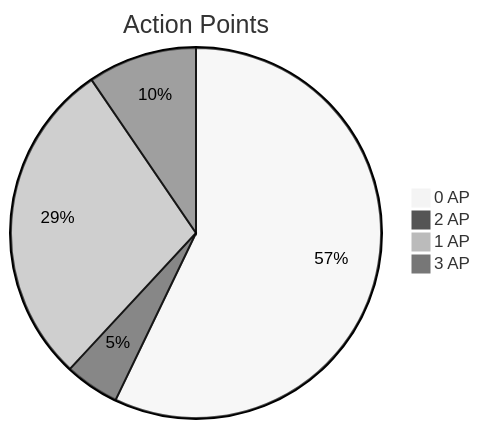
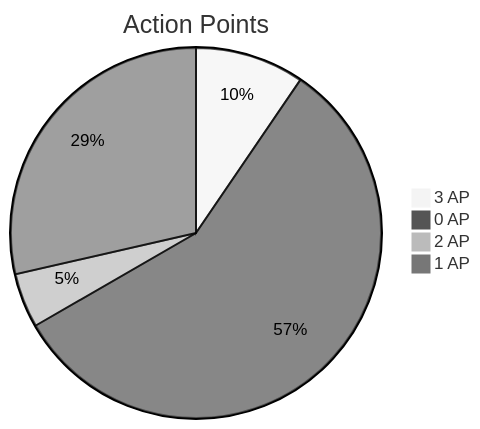
The first of 2 diagrams in docs/GAME_CONTENT_DOCS.md (BigJk/end_of_eden), drawn with Mermaid (neutral theme) before and after one commit. The commit also changed other lines of this file and 17 other files, not shown here.

````diff
--- a/docs/GAME_CONTENT_DOCS.md
+++ b/docs/GAME_CONTENT_DOCS.md
@@ -65,8 +65,8 @@
 ```mermaid
 pie
 title Action Points
+"3 AP" : 2
 "0 AP" : 12
 "2 AP" : 1
 "1 AP" : 6
-"3 AP" : 2
 ```
````
